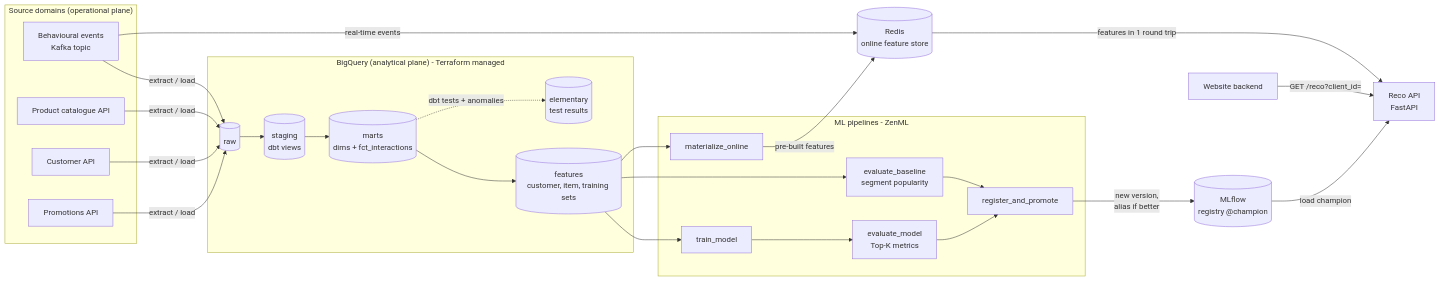
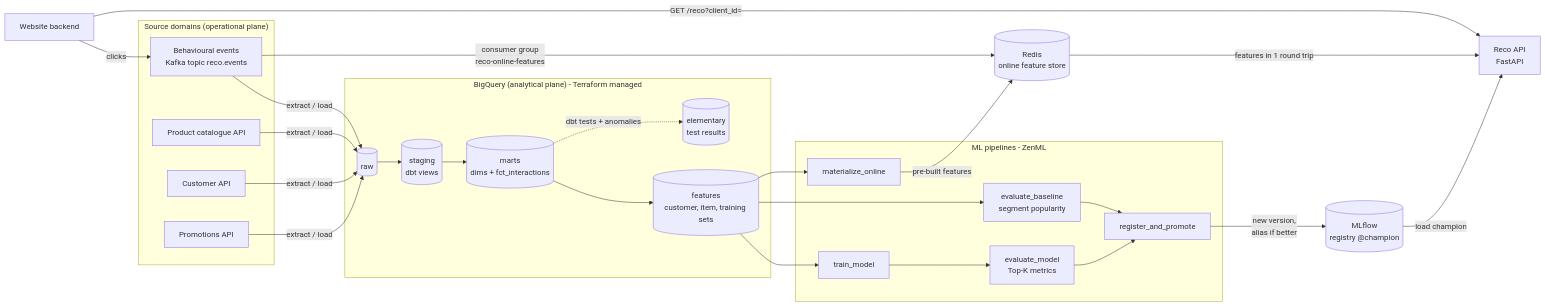
Before and after one commit to sowmipriya/reco-mlops-lab: the diagram in README.md, drawn with Mermaid. The commit also changed other lines of this file and 17 other files, not shown here.

First line of the commit message:
Real-time click stream with Kafka, demo storefront and features endpoint

````diff
--- a/README.md
+++ b/README.md
@@ -25,42 +26,43 @@
 ```mermaid
 flowchart LR
     subgraph sources["Source domains (operational plane)"]
-        EV[Behavioural events<br/>Kafka topic]
+        EV[Behavioural events<br/>Kafka topic reco.events]
         CAT[Product catalogue API]
         CUS[Customer API]
         PRO[Promotions API]
     end
 
     subgraph bq["BigQuery (analytical plane) - Terraform managed"]
         RAW[(raw)]
         STG[(staging<br/>dbt views)]
         MART[(marts<br/>dims + fct_interactions)]
         FEAT[(features<br/>customer, item, training sets)]
         ELE[(elementary<br/>test results)]
     end
 
     subgraph ml["ML pipelines - ZenML"]
         TR[train_model]
         EVM[evaluate_model<br/>Top-K metrics]
         BASE[evaluate_baseline<br/>segment popularity]
         REG[register_and_promote]
         MAT[materialize_online]
     end
 
     MLF[(MLflow<br/>registry @champion)]
     REDIS[(Redis<br/>online feature store)]
     API[Reco API<br/>FastAPI]
     WEB[Website backend]
 
     EV & CAT & CUS & PRO -->|extract / load| RAW
     RAW --> STG --> MART --> FEAT
     MART -.dbt tests + anomalies.-> ELE
     FEAT --> TR --> EVM --> REG
     FEAT --> BASE --> REG
     REG -->|new version,<br/>alias if better| MLF
     FEAT --> MAT -->|pre-built features| REDIS
-    EV -->|real-time events| REDIS
+    EV -->|consumer group<br/>reco-online-features| REDIS
+    WEB -->|clicks| EV
     MLF -->|load champion| API
     REDIS -->|features in 1 round trip| API
     WEB -->|GET /reco?client_id=| API
 ```
````
